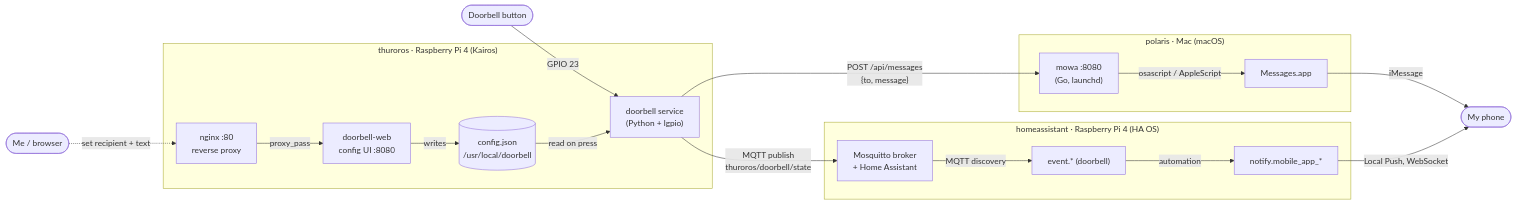
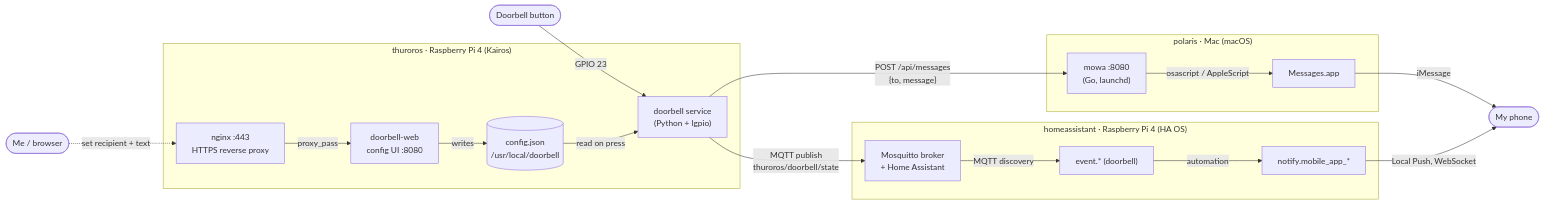
One commit to mauromorales/homelab changed the diagram in nodes/thuroros/README.md. Above: the diagram before and after it, drawn with Mermaid. The commit also changed other lines of this file and 1 other file, not shown here.

Commit message:
fix(thuroros): keep the doorbell TLS key across reboots, drop netplan apply
The key was written to /etc/ssl/private, which is not persisted. After
the first reboot the certificate stayed but the key was gone, so nginx
failed to start. Both files now live in /usr/local/doorbell/tls on the
persistent partition, and generation checks for both.

Also: create the key under umask 077, remove netplan apply from the
initramfs stage (the netplan generator renders the file at boot), say
plainly that port 8080 stays reachable over HTTP, and update the stale
port 80 wording in the comments and README.

````diff
--- a/nodes/thuroros/README.md
+++ b/nodes/thuroros/README.md
@@ -13,34 +13,34 @@
 ```mermaid
 flowchart LR
     button([Doorbell button]) -->|GPIO 23| doorbell
     me([Me / browser]) -.->|set recipient + text| proxy
 
     subgraph thuroros["thuroros · Raspberry Pi 4 (Kairos)"]
         doorbell["doorbell service<br/>(Python + lgpio)"]
-        proxy["nginx :80<br/>reverse proxy"]
+        proxy["nginx :443<br/>HTTPS reverse proxy"]
         webui["doorbell-web<br/>config UI :8080"]
         proxy -->|proxy_pass| webui
         config[("config.json<br/>/usr/local/doorbell")]
         webui -->|writes| config
         config -->|read on press| doorbell
     end
 
     doorbell -->|"POST /api/messages<br/>{to, message}"| mowa
     doorbell -->|"MQTT publish<br/>thuroros/doorbell/state"| ha
 
     subgraph polaris["polaris · Mac (macOS)"]
         mowa["mowa :8080<br/>(Go, launchd)"]
         messages["Messages.app"]
         mowa -->|osascript / AppleScript| messages
     end
 
     subgraph haHost["homeassistant · Raspberry Pi 4 (HA OS)"]
         ha["Mosquitto broker<br/>+ Home Assistant"]
         entity["event.* (doorbell)"]
         ha -->|MQTT discovery| entity
         entity -->|automation| push["notify.mobile_app_*"]
     end
 
     messages -->|iMessage| phone([My phone])
     push -->|Local Push, WebSocket| phone
 ```
````
